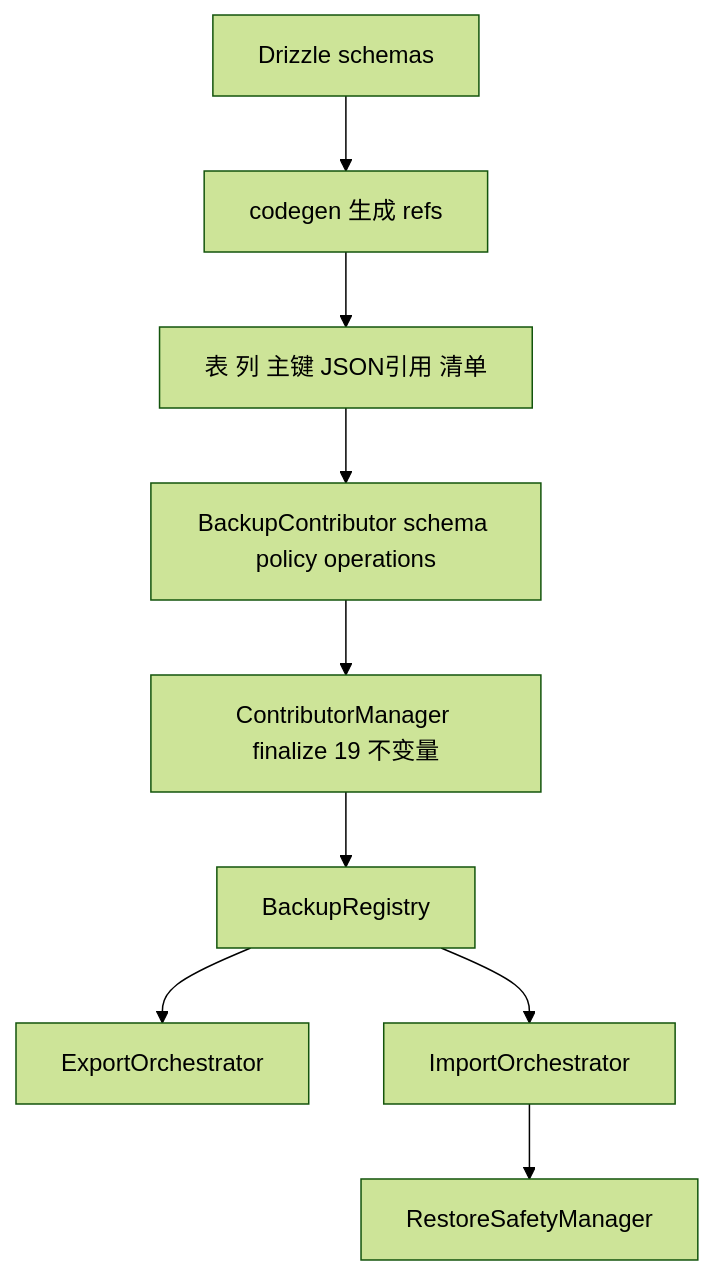
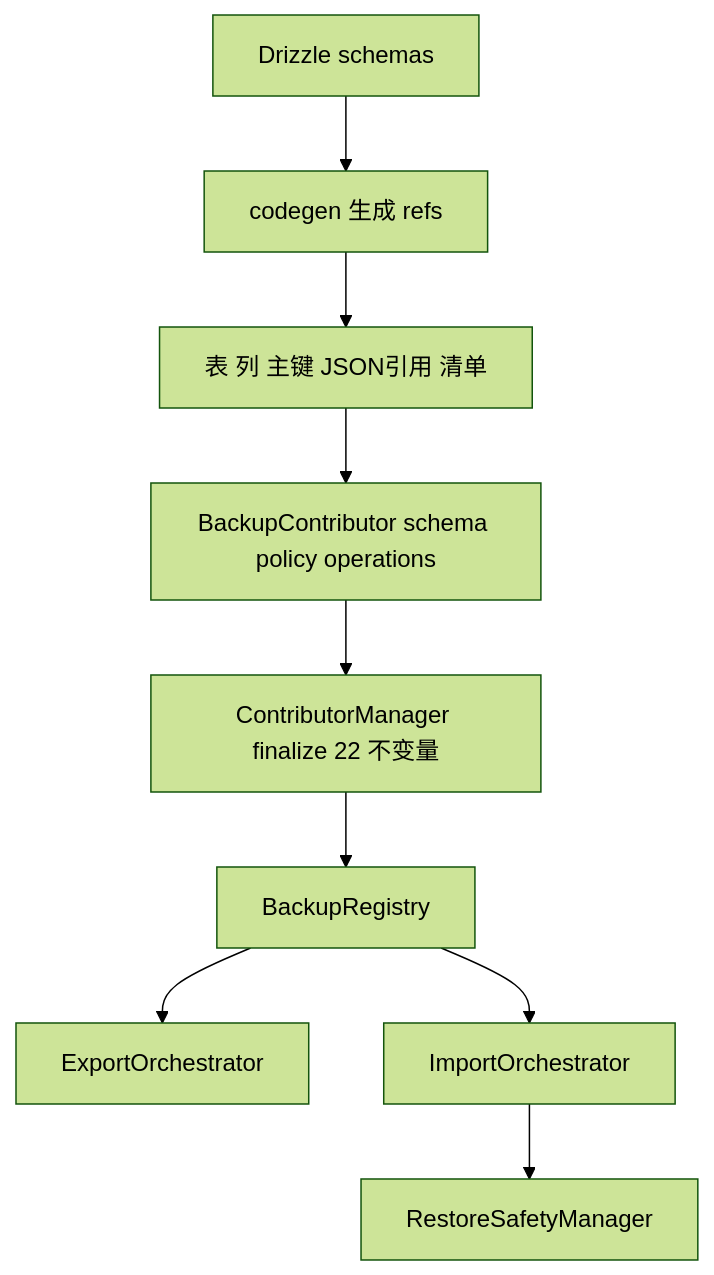
One commit to CherryHQ/cherry-studio changed the second of 5 diagrams in docs/references/backup/backup-architecture.md. Above: the diagram before and after it, drawn with Mermaid (forest theme). The commit also changed other lines of this file, not shown here.

Commit message:
docs(backup): sync architecture doc with v2 review revisions

````diff
--- a/docs/references/backup/backup-architecture.md
+++ b/docs/references/backup/backup-architecture.md
@@ -97,11 +97,11 @@
 ```mermaid
 flowchart TB
   D[Drizzle schemas] --> CG[codegen 生成 refs]
   CG --> T[表 列 主键 JSON引用 清单]
   T --> BC[BackupContributor schema policy operations]
-  BC --> CM[ContributorManager finalize 19 不变量]
+  BC --> CM[ContributorManager finalize 22 不变量]
   CM --> BR[BackupRegistry]
   BR --> EX[ExportOrchestrator]
   BR --> IM[ImportOrchestrator]
   IM --> RS[RestoreSafetyManager]
 ```
````
